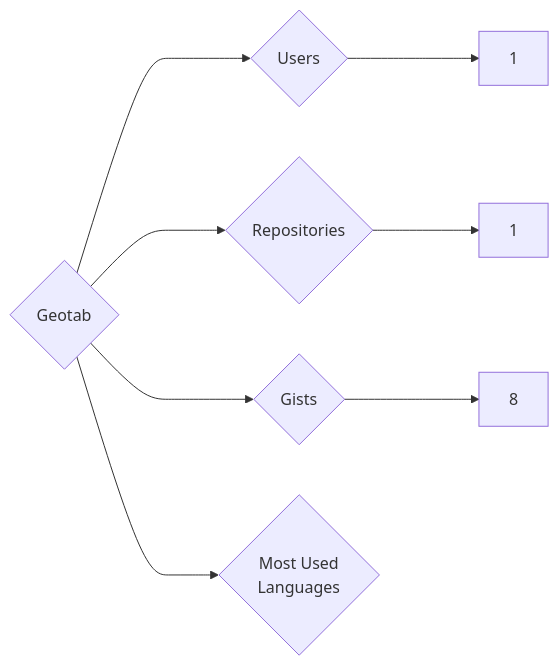
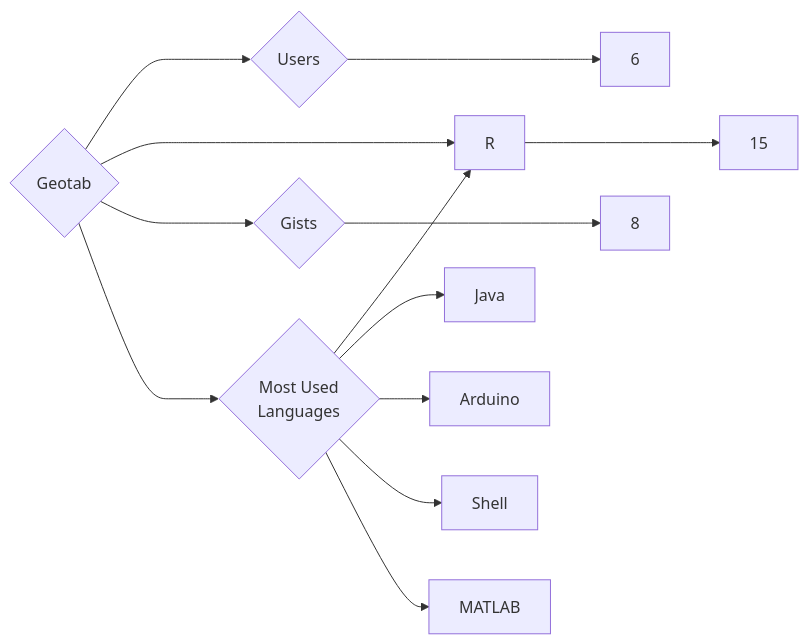
The diagram in targets/Geotab/README.md (trickest/insiders), drawn with Mermaid before and after one commit. The commit also changed 873 other files, not shown here.

````diff
--- a/targets/Geotab/README.md
+++ b/targets/Geotab/README.md
@@ -3,8 +3,13 @@
 ```mermaid
 graph LR
 COMPANY_NAME{Geotab}
-COMPANY_NAME ---> U{Users} ---> UN[1]
-COMPANY_NAME ---> R{Repositories} ---> RN[1]
+COMPANY_NAME ---> U{Users} ---> UN[6]
+COMPANY_NAME ---> R{Repositories} ---> RN[15]
 COMPANY_NAME ---> G{Gists} ---> GN[8]
 COMPANY_NAME ---> ML{Most Used<br>Languages}
+ML --> R[R]
+ML --> Java[Java]
+ML --> Arduino[Arduino]
+ML --> Shell[Shell]
+ML --> MATLAB[MATLAB]
 ```
````
